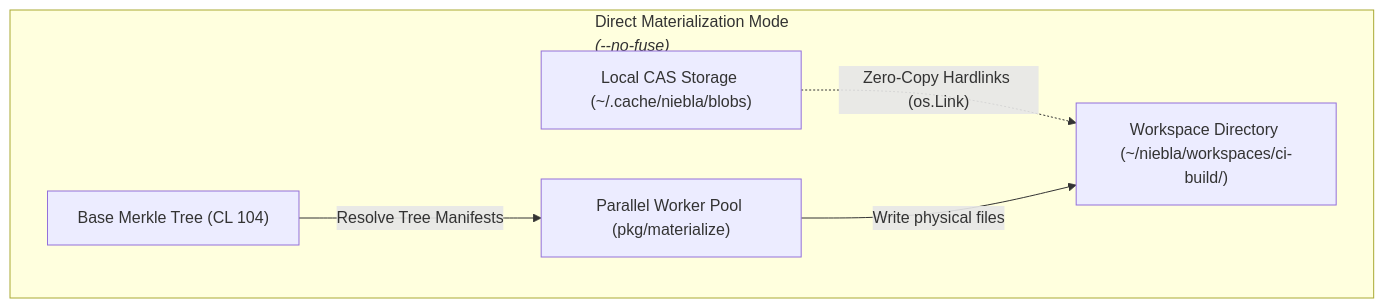
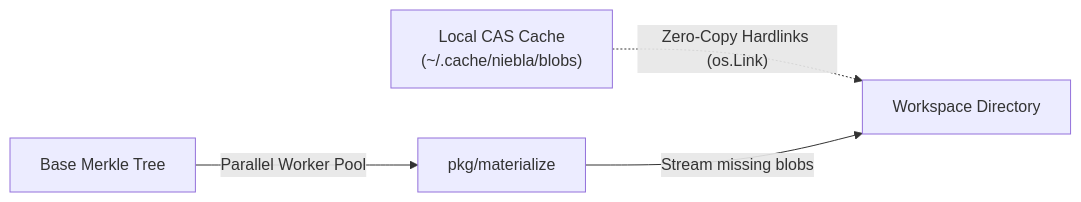
Before and after one commit to mrtnzjsh/niebla: the diagram in docs-site/src/content/docs/workflows/direct-materialization.md, drawn with Mermaid. The commit also changed other lines of this file and 40 other files, not shown here.

````diff
--- a/docs-site/src/content/docs/workflows/direct-materialization.md
+++ b/docs-site/src/content/docs/workflows/direct-materialization.md
@@ -33,13 +31,6 @@
 ```mermaid
-flowchart TD
-    subgraph NoFuse["Direct Materialization Mode<br/><i>(--no-fuse)</i>"]
-        Tree["Base Merkle Tree (CL 104)"]
-        CAS_DIR["Local CAS Storage (~/.cache/niebla/blobs)"]
-        WORK_DIR["Workspace Directory (~/niebla/workspaces/ci-build/)"]
-        Worker["Parallel Worker Pool (pkg/materialize)"]
-
-        Tree -->|"Resolve Tree Manifests"| Worker
-        CAS_DIR -.->|"Zero-Copy Hardlinks (os.Link)"| WORK_DIR
-        Worker -->|"Write physical files"| WORK_DIR
-    end
+flowchart LR
+    Tree["Base Merkle Tree"] -->|"Parallel Worker Pool"| Worker["pkg/materialize"]
+    CAS["Local CAS Cache<br/>(~/.cache/niebla/blobs)"] -.->|"Zero-Copy Hardlinks (os.Link)"| WorkDir["Workspace Directory"]
+    Worker -->|"Stream missing blobs"| WorkDir
 ```
````
